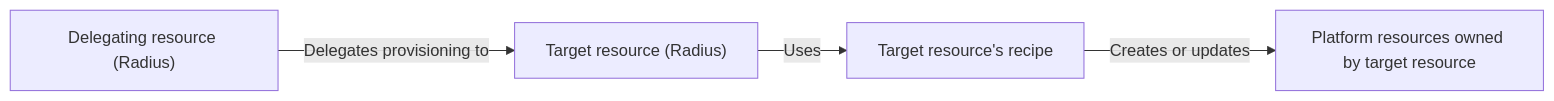
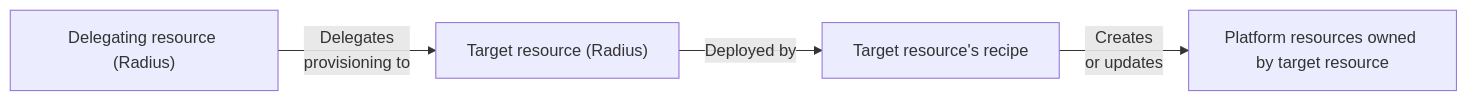
Before and after one commit to radius-project/radius: the diagram in eng/design-notes/extensibility/2026-10-delegated-provisioning-adr.md, drawn with Mermaid. The commit also changed other lines of this file, not shown here.

Commit message:
docs: refine delegation diagram and terminology
Copilot-Session: ad059d61-9af3-42d0-8ce5-4b7168d9f89d

````diff
--- a/eng/design-notes/extensibility/2026-10-delegated-provisioning-adr.md
+++ b/eng/design-notes/extensibility/2026-10-delegated-provisioning-adr.md
@@ -9,6 +9,6 @@
 ```mermaid
 flowchart LR
-    delegating["Delegating resource (Radius)"] -->|Delegates provisioning to| target["Target resource (Radius)"]
-    target -->|Uses| recipe["Target resource's recipe"]
-    recipe -->|Creates or updates| platform["Platform resources owned by target resource"]
+    delegating["Delegating resource (Radius)"] -->|Delegates<br>provisioning to| target["Target resource (Radius)"]
+    target -->|Deployed by| recipe["Target resource's recipe"]
+    recipe -->|Creates<br>or updates| platform["Platform resources owned by target resource"]
 ```
````
